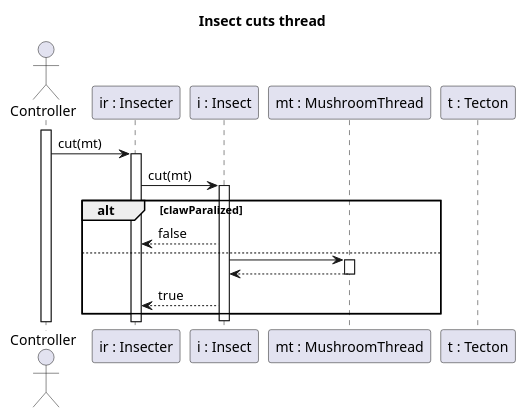
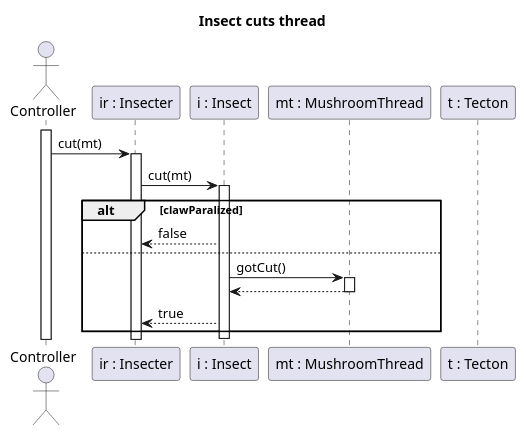
The diagram in 5/sequences/insect/instectCutThread.puml (Petya-G/fungorium), drawn with PlantUML before and after one commit. The commit also changed 6 other files, not shown here.

Commit message:
even more sequences

```diff
--- a/5/sequences/insect/instectCutThread.puml
+++ b/5/sequences/insect/instectCutThread.puml
@@ -1,32 +1,32 @@
 @startuml insectCutThread
 
 title Insect cuts thread
 
 actor Controller
 participant "ir : Insecter" as IR
 participant  "i : Insect" as I
 participant "mt : MushroomThread" as M
 participant "t : Tecton" as T
 
 activate Controller
 Controller -> IR: cut(mt)
 
 activate IR
 IR -> I: cut(mt)
 activate I
 
 alt clawParalized
     IR <-- I : false
 
 else
-    I -> M
+    I -> M: gotCut()
     activate M
     
     I <-- M
     deactivate M
 
     IR <-- I : true
 end
 deactivate I
 
 @enduml
```
